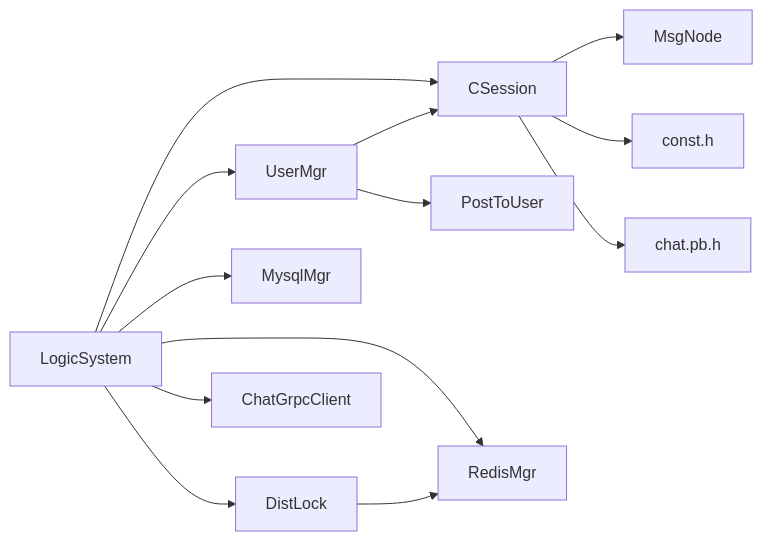
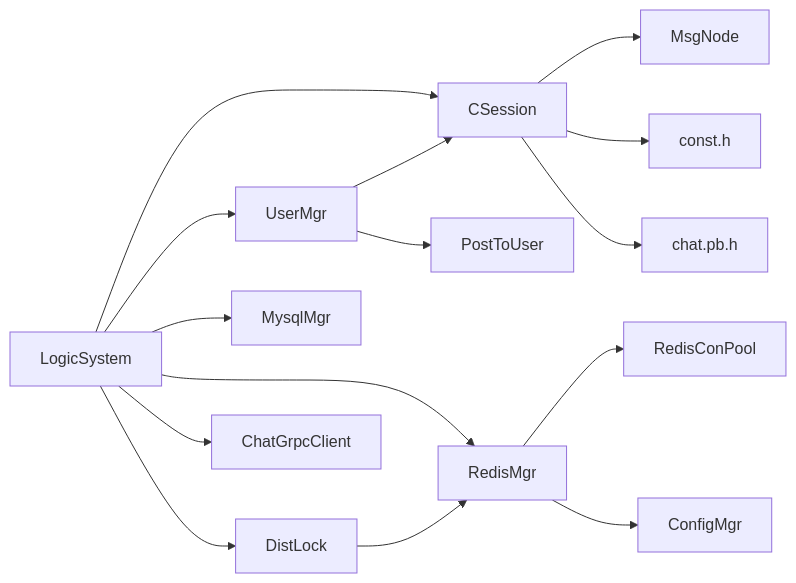
The eighth of 8 diagrams in .qoder/repowiki/zh/content/服务端开发/ChatServer聊天核心服务/ChatServer聊天核心服务.md (echo9923/mychatter), drawn with Mermaid before and after one commit. The commit also changed other lines of this file and 58 other files, not shown here.

````diff
--- a/.qoder/repowiki/zh/content/服务端开发/ChatServer聊天核心服务/ChatServer聊天核心服务.md
+++ b/.qoder/repowiki/zh/content/服务端开发/ChatServer聊天核心服务/ChatServer聊天核心服务.md
@@ -348,15 +408,17 @@
 ```mermaid
 graph LR
 CSession["CSession"] --> MsgNode["MsgNode"]
 CSession --> Const["const.h"]
 CSession --> PB["chat.pb.h"]
 Logic["LogicSystem"] --> CSession
 Logic --> UserMgr
 Logic --> MysqlMgr
 Logic --> RedisMgr
 Logic --> ChatGrpcClient
 Logic --> DistLock
 UserMgr --> CSession
 UserMgr --> PostToUser["PostToUser"]
 DistLock --> RedisMgr
+RedisMgr --> RedisConPool["RedisConPool"]
+RedisMgr --> ConfigMgr["ConfigMgr"]
 ```
````
